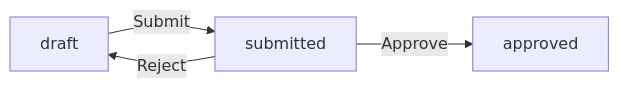
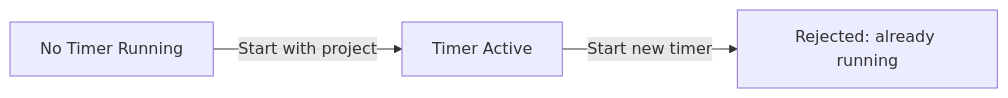
The sixth of 10 diagrams in z-ai/glm-5/erp/docs/analysis/03-functional-requirements.md (wrtnlabs/autobe-examples), drawn with Mermaid before and after one commit. The commit also changed other lines of this file and 3761 other files, not shown here.

````diff
--- a/z-ai/glm-5/erp/docs/analysis/03-functional-requirements.md
+++ b/z-ai/glm-5/erp/docs/analysis/03-functional-requirements.md
@@ -1082,6 +901,5 @@
 ```mermaid
 flowchart LR
-    A["draft"] -->|"Submit"| B["submitted"]
-    B -->|"Approve"| C["approved"]
-    B -->|"Reject"| A
+    A["No Timer Running"] -->|"Start with project"| B["Timer Active"]
+    B -->|"Start new timer"| C["Rejected: already running"]
 ```
````
